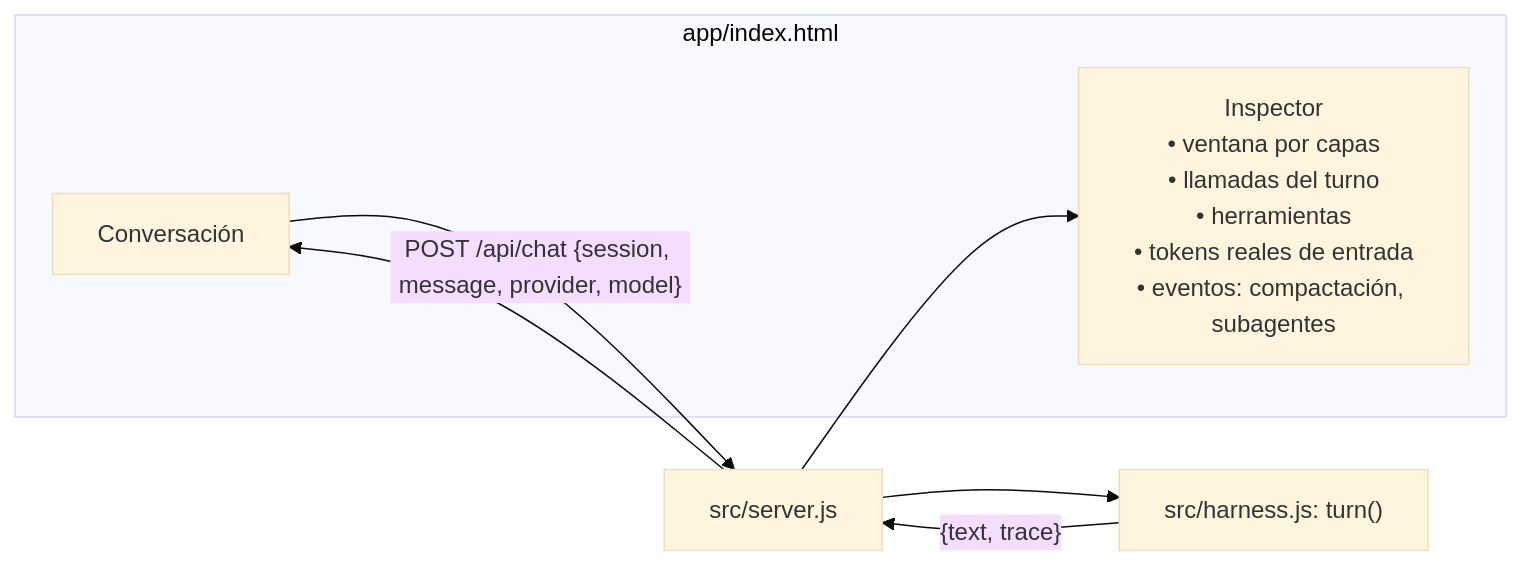
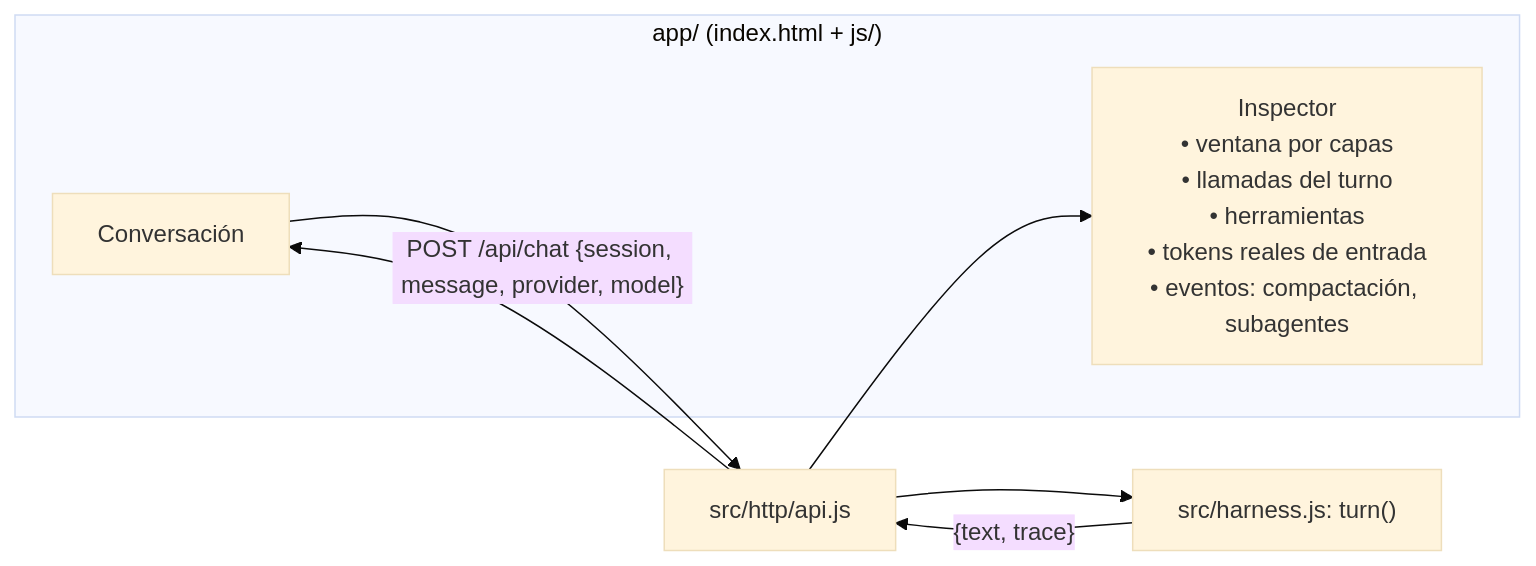
Diagram 11 of 15 in README.md (ada-school/ada-harness), drawn with Mermaid (base theme) before and after one commit. The commit also changed other lines of this file and 58 other files, not shown here.

````diff
--- a/README.md
+++ b/README.md
@@ -436,12 +495,12 @@
 ```mermaid
 flowchart LR
-    subgraph UI["app/index.html"]
+    subgraph UI["app/ (index.html + js/)"]
         CHAT[Conversación]
         INS["Inspector<br/>• ventana por capas<br/>• llamadas del turno<br/>• herramientas<br/>• tokens reales de entrada<br/>• eventos: compactación, subagentes"]
     end
-    CHAT -->|"POST /api/chat {session, message, provider, model}"| SRV[src/server.js]
+    CHAT -->|"POST /api/chat {session, message, provider, model}"| SRV[src/http/api.js]
     SRV --> LOOP["src/harness.js: turn()"]
     LOOP -->|"{text, trace}"| SRV
     SRV --> CHAT
     SRV --> INS
 ```
````
